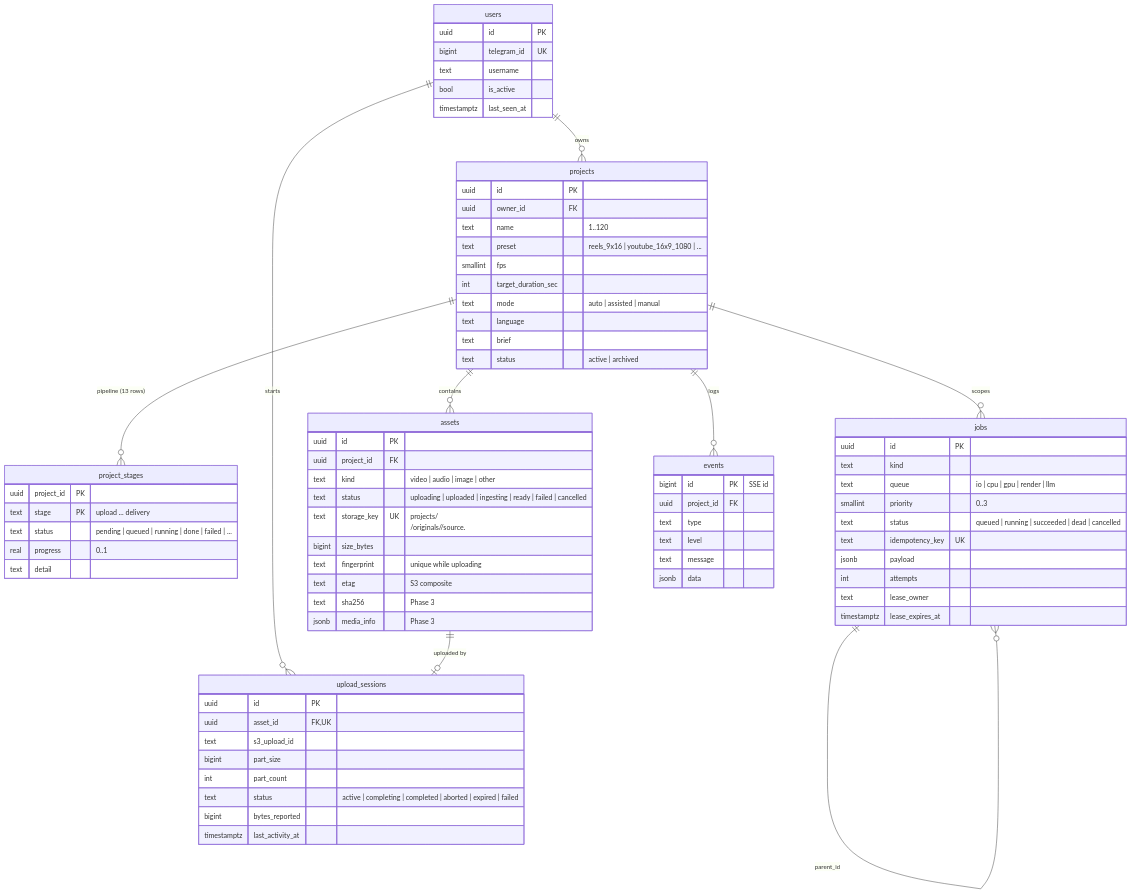
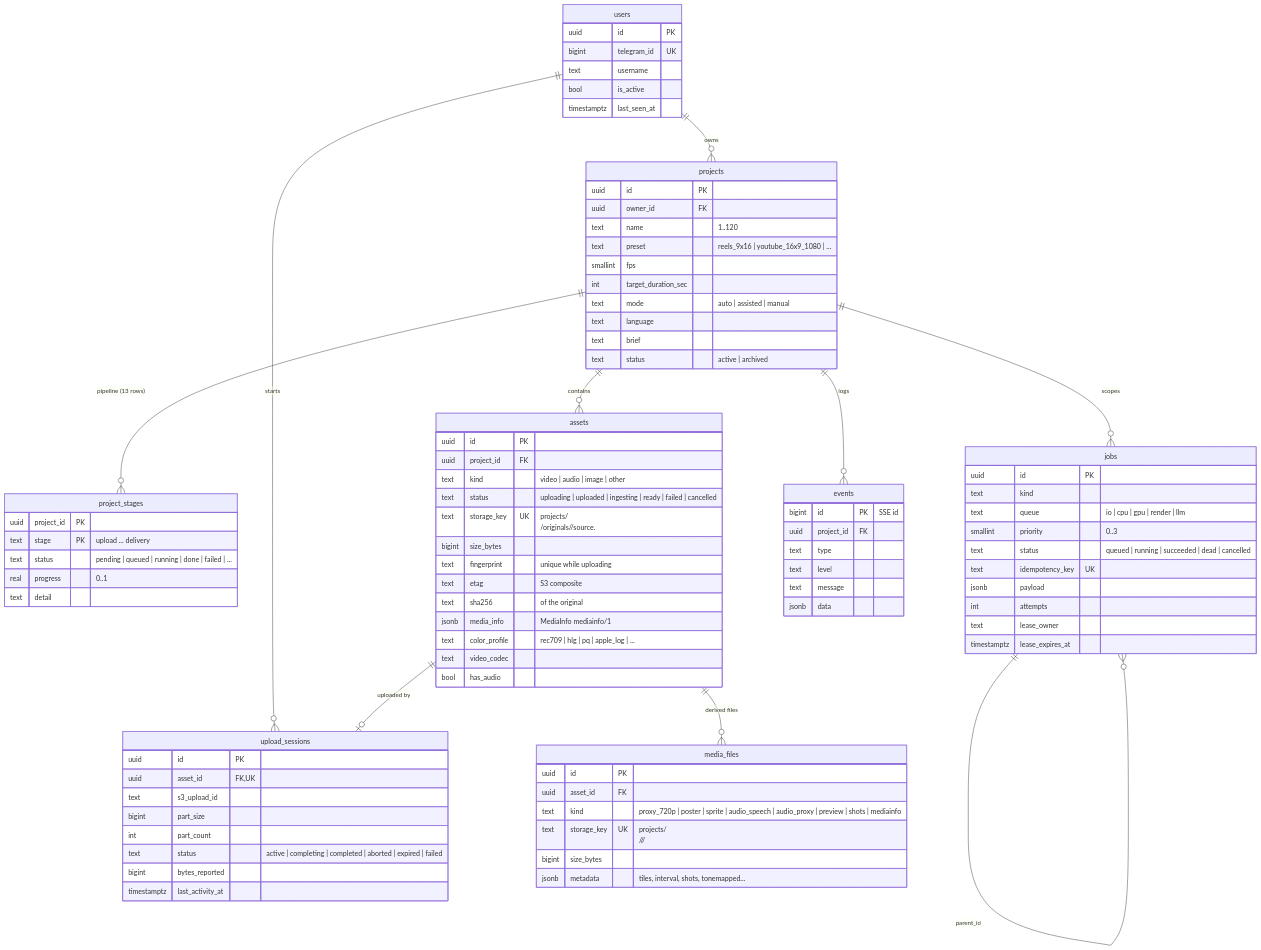
Before and after one commit to bluecore-dev/synthcut: the diagram in docs/ERD.md, drawn with Mermaid. The commit also changed other lines of this file and 48 other files, not shown here.

```diff
--- a/docs/ERD.md
+++ b/docs/ERD.md
@@ -11,6 +11,7 @@
     projects ||--o{ jobs : scopes
     projects ||--o{ events : logs
     assets ||--o| upload_sessions : "uploaded by"
+    assets ||--o{ media_files : "derived files"
     jobs ||--o{ jobs : "parent_id"
 
     users {
@@ -48,8 +49,19 @@
         bigint size_bytes
         text fingerprint "unique while uploading"
         text etag "S3 composite"
-        text sha256 "Phase 3"
-        jsonb media_info "Phase 3"
+        text sha256 "of the original"
+        jsonb media_info "MediaInfo mediainfo/1"
+        text color_profile "rec709 | hlg | pq | apple_log | ..."
+        text video_codec
+        bool has_audio
+    }
+    media_files {
+        uuid id PK
+        uuid asset_id FK
+        text kind "proxy_720p | poster | sprite | audio_speech | audio_proxy | preview | shots | mediainfo"
+        text storage_key UK "projects/<p>/<area>/<a>/<name>"
+        bigint size_bytes
+        jsonb metadata "tiles, interval, shots, tonemapped..."
     }
     upload_sessions {
         uuid id PK
```
